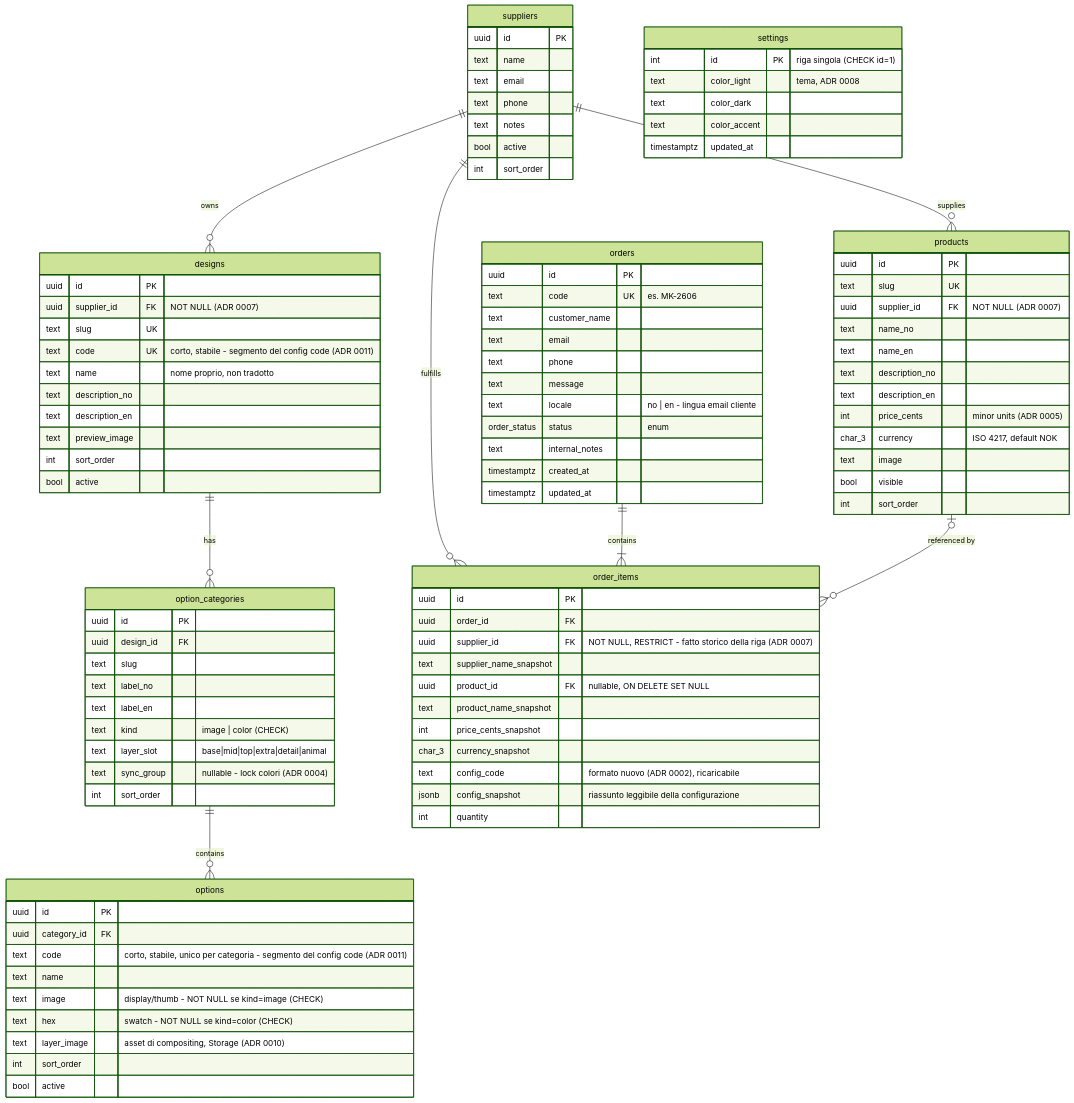
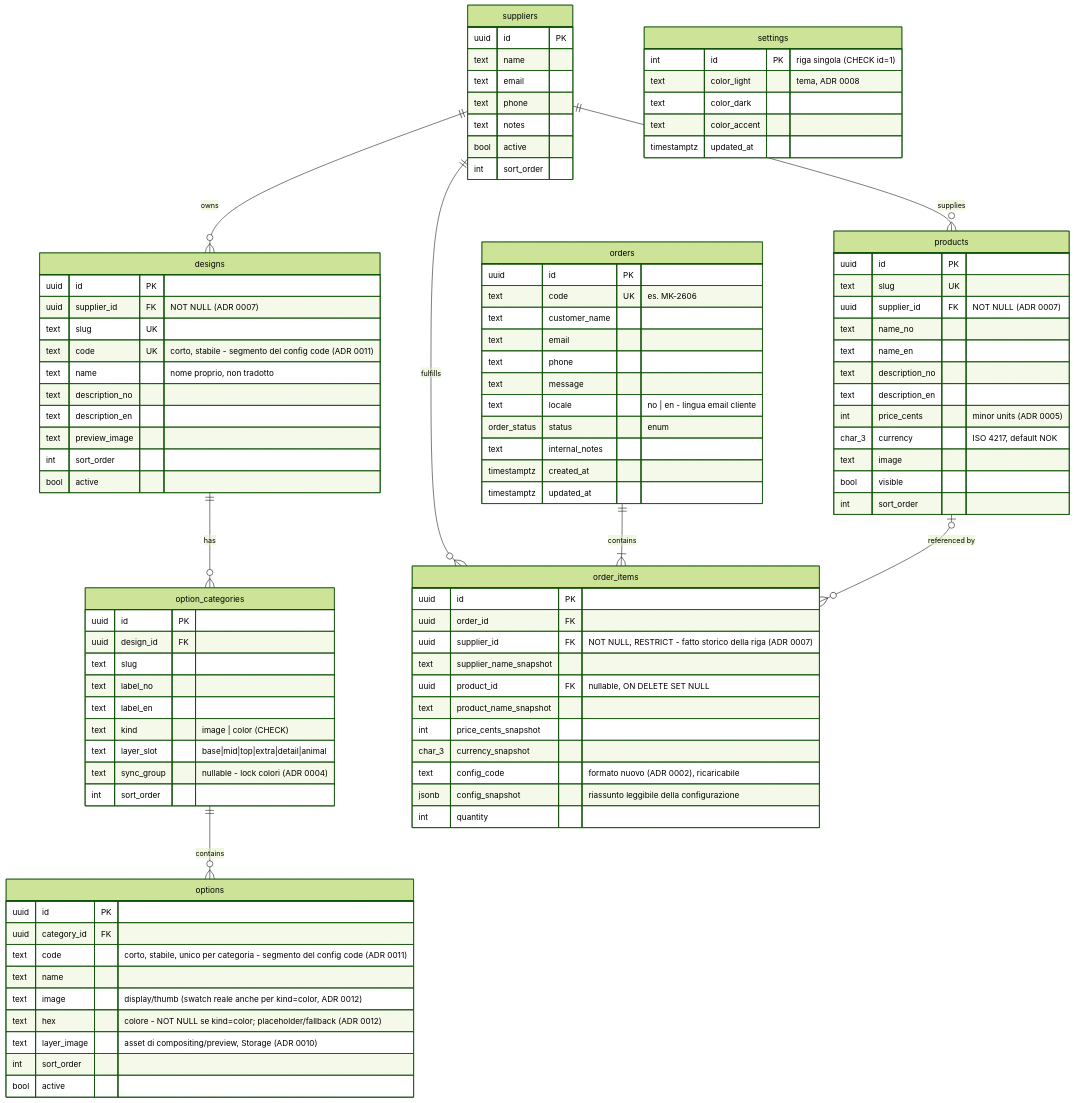
Before and after one commit to minkeramikk/minkeramikk: the diagram in docs/adr/schema-er.md, drawn with Mermaid (forest theme). The commit also changed other lines of this file and 33 other files, not shown here.

Commit message:
F05 — order submission: sequence code, atomic create, Turnstile, Resend emails

```diff
--- a/docs/adr/schema-er.md
+++ b/docs/adr/schema-er.md
@@ -46,9 +46,9 @@
         uuid category_id FK
         text code "corto, stabile, unico per categoria - segmento del config code (ADR 0011)"
         text name
-        text image "display/thumb - NOT NULL se kind=image (CHECK)"
-        text hex "swatch - NOT NULL se kind=color (CHECK)"
-        text layer_image "asset di compositing, Storage (ADR 0010)"
+        text image "display/thumb (swatch reale anche per kind=color, ADR 0012)"
+        text hex "colore - NOT NULL se kind=color; placeholder/fallback (ADR 0012)"
+        text layer_image "asset di compositing/preview, Storage (ADR 0010)"
         int sort_order
         bool active
     }
```
